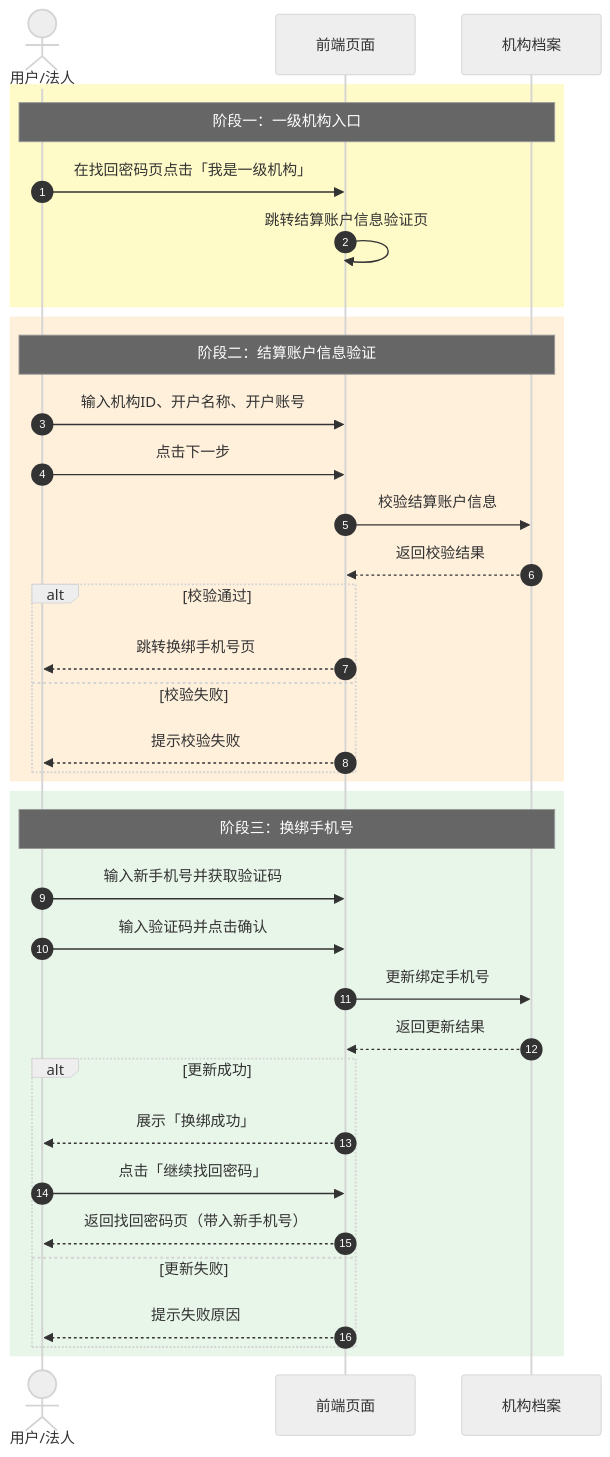
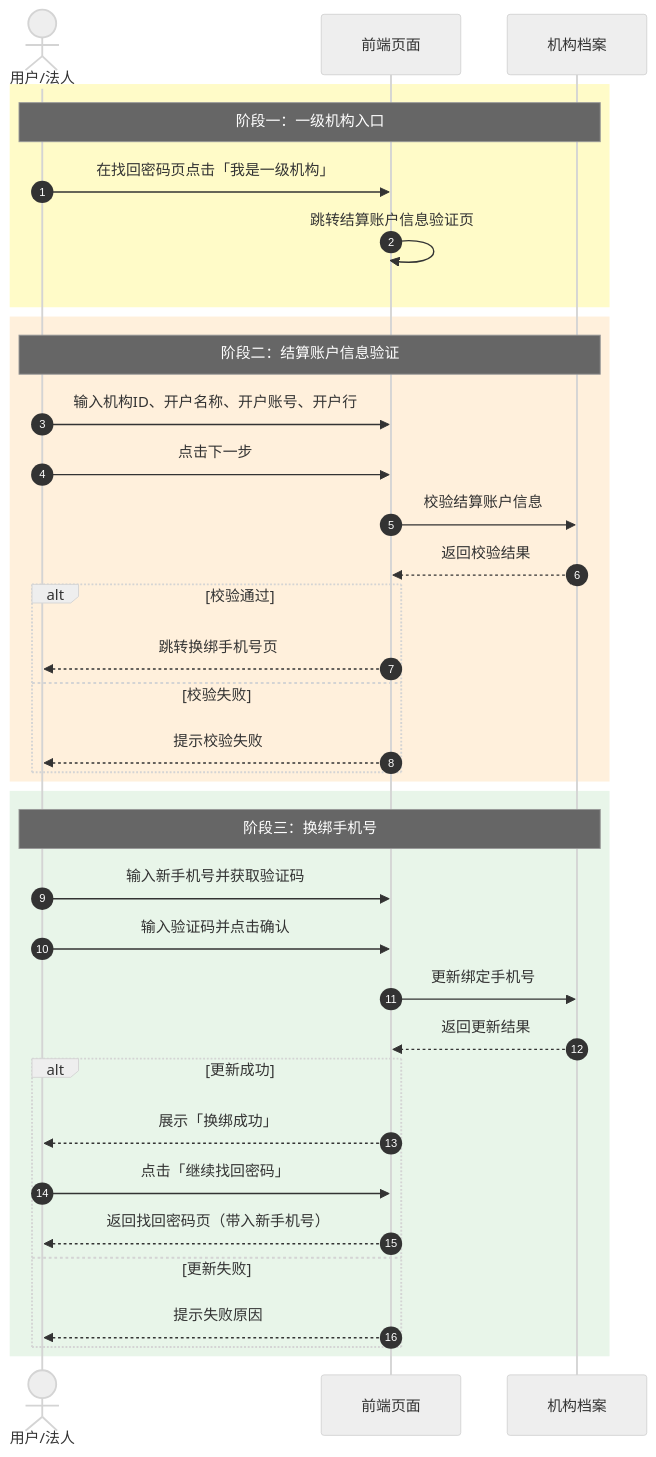
One commit to Gaohailinga/org-phone-recovery-prototype changed the second of 2 diagrams in PRD.md. Above: the diagram before and after it, drawn with Mermaid (neutral theme). The commit also changed other lines of this file and 5 other files, not shown here.

````diff
--- a/PRD.md
+++ b/PRD.md
@@ -155,41 +155,41 @@
 ```mermaid
 sequenceDiagram
     autonumber
     actor U as 用户/法人
     participant FE as 前端页面
     participant AS as 机构档案
 
     rect rgb(255, 251, 200)
         Note over U,AS: 阶段一：一级机构入口
         U->>FE: 在找回密码页点击「我是一级机构」
         FE->>FE: 跳转结算账户信息验证页
     end
 
     rect rgb(255, 240, 220)
         Note over U,AS: 阶段二：结算账户信息验证
-        U->>FE: 输入机构ID、开户名称、开户账号
+        U->>FE: 输入机构ID、开户名称、开户账号、开户行
         U->>FE: 点击下一步
         FE->>AS: 校验结算账户信息
         AS-->>FE: 返回校验结果
         alt 校验通过
             FE-->>U: 跳转换绑手机号页
         else 校验失败
             FE-->>U: 提示校验失败
         end
     end
 
     rect rgb(232, 245, 233)
         Note over U,AS: 阶段三：换绑手机号
         U->>FE: 输入新手机号并获取验证码
         U->>FE: 输入验证码并点击确认
         FE->>AS: 更新绑定手机号
         AS-->>FE: 返回更新结果
         alt 更新成功
             FE-->>U: 展示「换绑成功」
             U->>FE: 点击「继续找回密码」
             FE-->>U: 返回找回密码页（带入新手机号）
         else 更新失败
             FE-->>U: 提示失败原因
         end
     end
 ```
````
